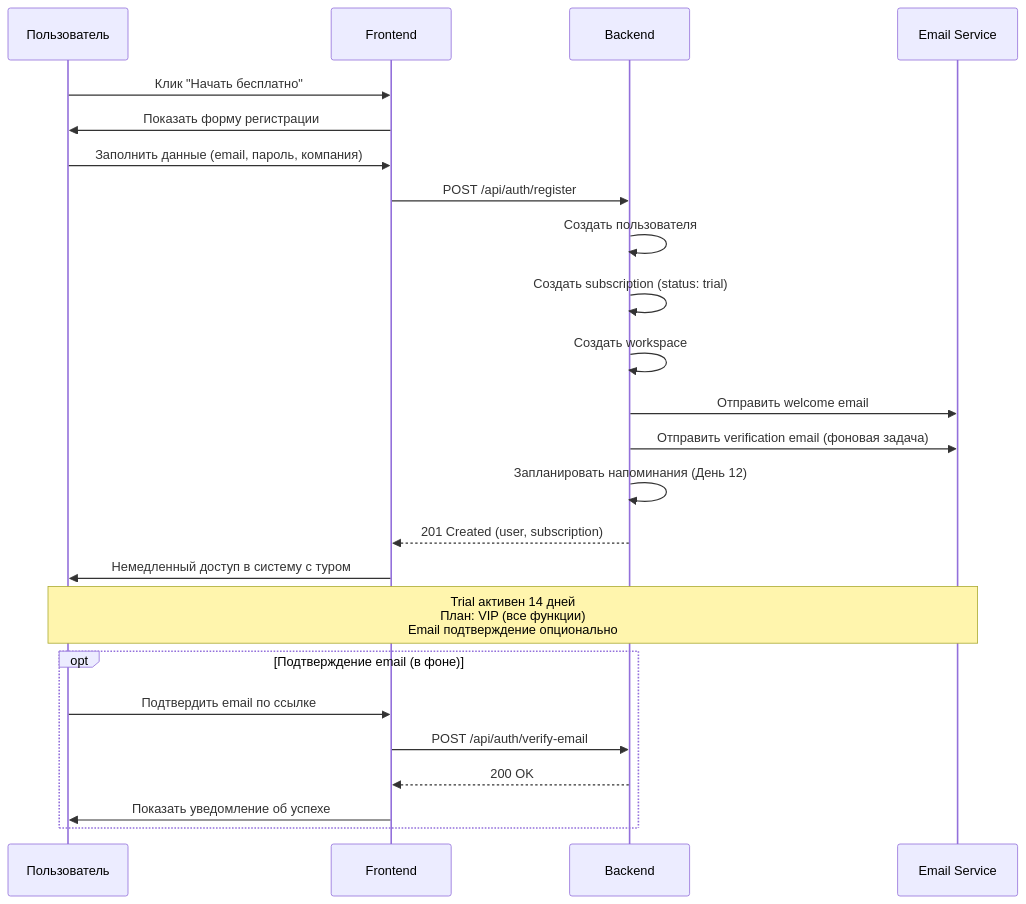
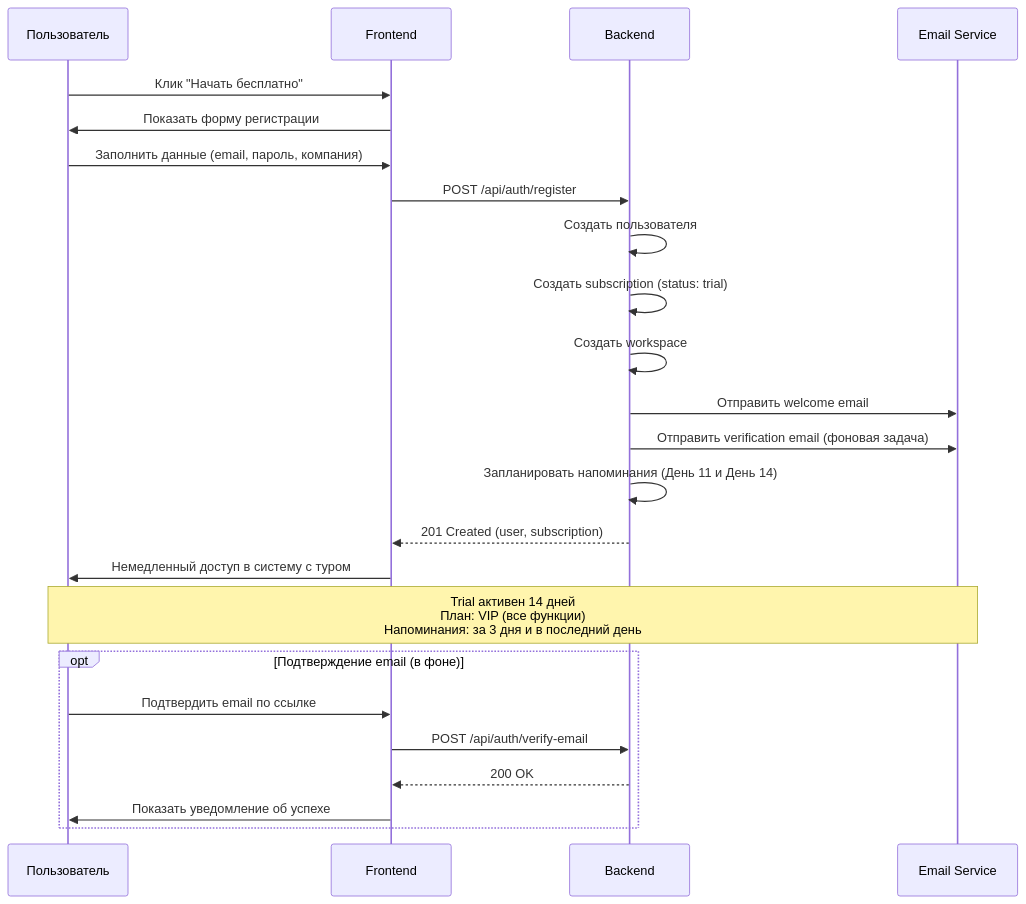
Before and after one commit to timz/anicrm-vuexy: the first of 6 diagrams in tmp/anicrm-subscription-workflow.md, drawn with Mermaid. The commit also changed other lines of this file and 5 other files, not shown here.

````diff
--- a/tmp/anicrm-subscription-workflow.md
+++ b/tmp/anicrm-subscription-workflow.md
@@ -81,31 +81,31 @@
 ```mermaid
 sequenceDiagram
     participant U as Пользователь
     participant F as Frontend
     participant B as Backend
     participant E as Email Service
     
     U->>F: Клик "Начать бесплатно"
     F->>U: Показать форму регистрации
     U->>F: Заполнить данные (email, пароль, компания)
     F->>B: POST /api/auth/register
     
     B->>B: Создать пользователя
     B->>B: Создать subscription (status: trial)
     B->>B: Создать workspace
     B->>E: Отправить welcome email
     B->>E: Отправить verification email (фоновая задача)
-    B->>B: Запланировать напоминания (День 12)
+    B->>B: Запланировать напоминания (День 11 и День 14)
     
     B-->>F: 201 Created (user, subscription)
     F->>U: Немедленный доступ в систему с туром
     
-    Note over U,E: Trial активен 14 дней<br/>План: VIP (все функции)<br/>Email подтверждение опционально
+    Note over U,E: Trial активен 14 дней<br/>План: VIP (все функции)<br/>Напоминания: за 3 дня и в последний день
     
     opt Подтверждение email (в фоне)
         U->>F: Подтвердить email по ссылке
         F->>B: POST /api/auth/verify-email
         B-->>F: 200 OK
         F->>U: Показать уведомление об успехе
     end
 ```
````
